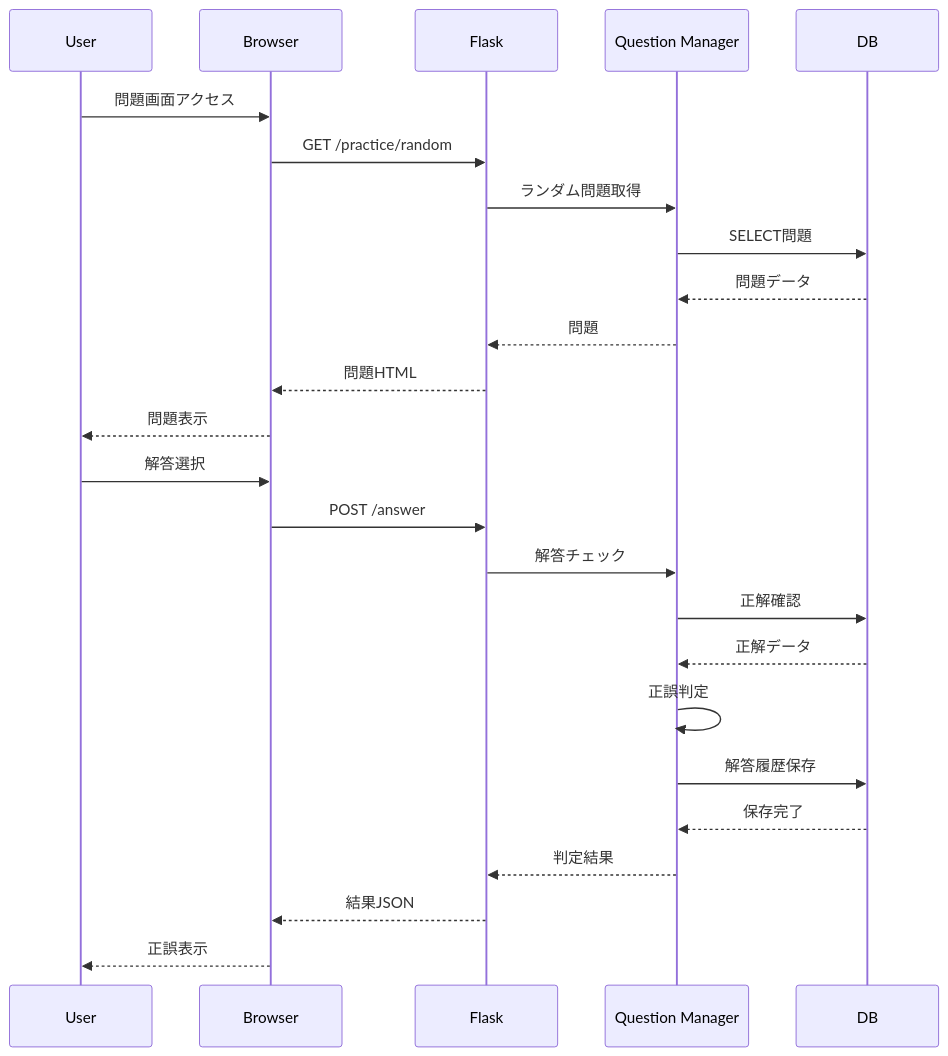
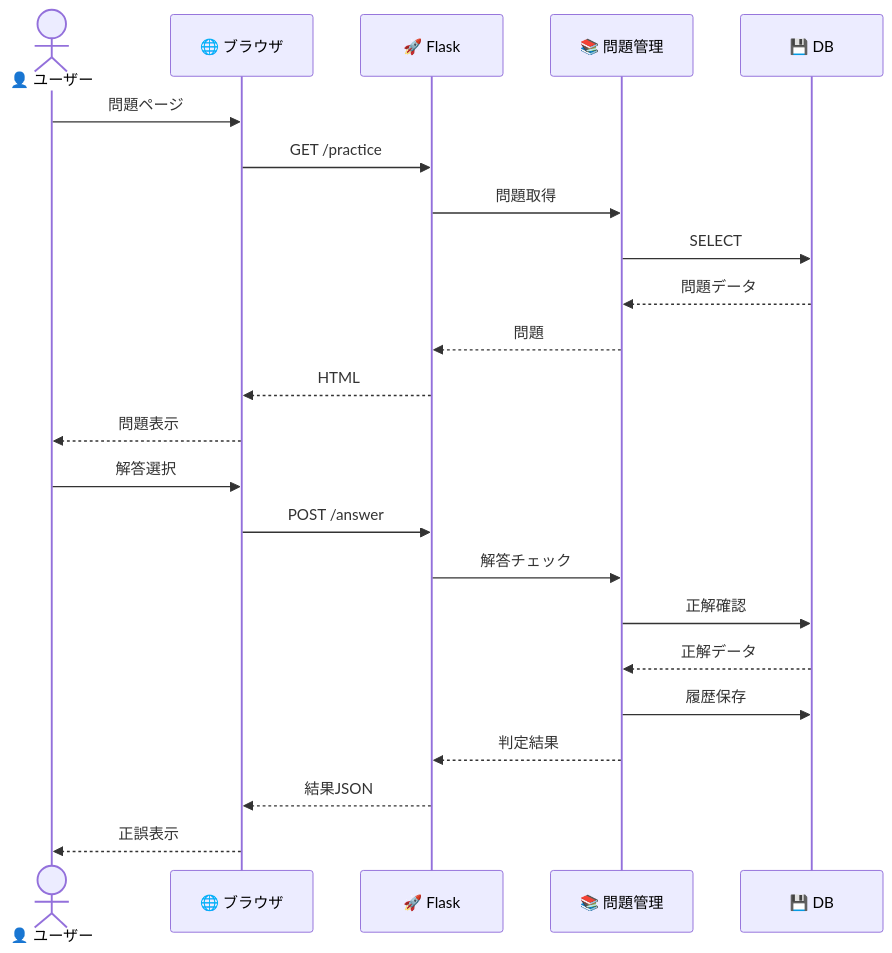
Before and after one commit to d01ki/FE-master: the fifth of 8 diagrams in docs/diagrams.md, drawn with Mermaid. The commit also changed other lines of this file, not shown here.

Commit message:
docs: Improve diagram readability with better text colors

````diff
--- a/docs/diagrams.md
+++ b/docs/diagrams.md
@@ -201,29 +187,27 @@
 ```mermaid
 sequenceDiagram
-    participant User
-    participant Browser
-    participant Flask
-    participant QM as Question Manager
-    participant DB
+    actor User as 👤 ユーザー
+    participant Browser as 🌐 ブラウザ
+    participant Flask as 🚀 Flask
+    participant QM as 📚 問題管理
+    participant DB as 💾 DB
 
-    User->>Browser: 問題画面アクセス
-    Browser->>Flask: GET /practice/random
-    Flask->>QM: ランダム問題取得
-    QM->>DB: SELECT問題
+    User->>Browser: 問題ページ
+    Browser->>Flask: GET /practice
+    Flask->>QM: 問題取得
+    QM->>DB: SELECT
     DB-->>QM: 問題データ
     QM-->>Flask: 問題
-    Flask-->>Browser: 問題HTML
+    Flask-->>Browser: HTML
     Browser-->>User: 問題表示
 
     User->>Browser: 解答選択
     Browser->>Flask: POST /answer
     Flask->>QM: 解答チェック
     QM->>DB: 正解確認
     DB-->>QM: 正解データ
-    QM->>QM: 正誤判定
-    QM->>DB: 解答履歴保存
-    DB-->>QM: 保存完了
+    QM->>DB: 履歴保存
     QM-->>Flask: 判定結果
     Flask-->>Browser: 結果JSON
     Browser-->>User: 正誤表示
 ```
````
